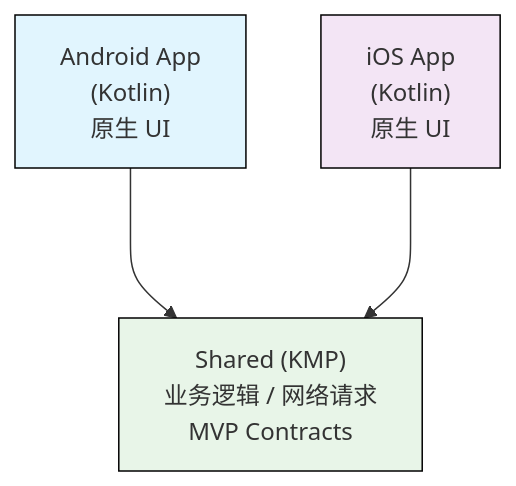
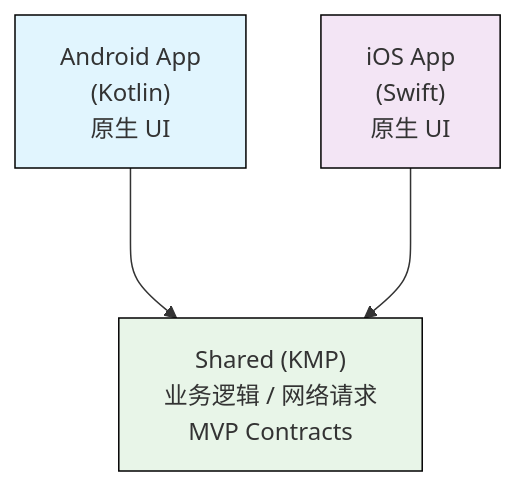
The diagram in README.md (wxpusher/wxpusher-app), drawn with Mermaid before and after one commit.

````diff
--- a/README.md
+++ b/README.md
@@ -26,18 +26,18 @@
 ```mermaid
 flowchart TD
     A["Android App<br/>(Kotlin)<br/>原生 UI"]
-    B["iOS App<br/>(Kotlin)<br/>原生 UI"]
+    B["iOS App<br/>(Swift)<br/>原生 UI"]
     C["Shared (KMP)<br/>业务逻辑 / 网络请求<br/>MVP Contracts"]
     
     A ---> C
     B ---> C
     
     %% 简化样式（仅基础配色，避免复杂属性）
     classDef android fill:#e1f5fe,stroke:#000
     classDef ios fill:#f3e5f5,stroke:#000
     classDef shared fill:#e8f5e8,stroke:#000
     
     class A android
     class B ios
     class C shared
 ```
````
